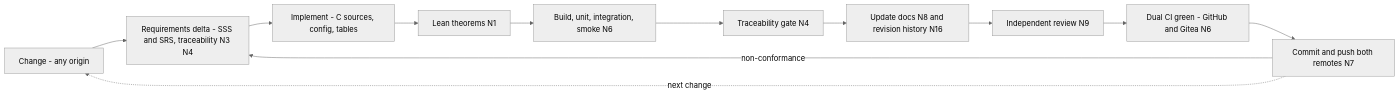
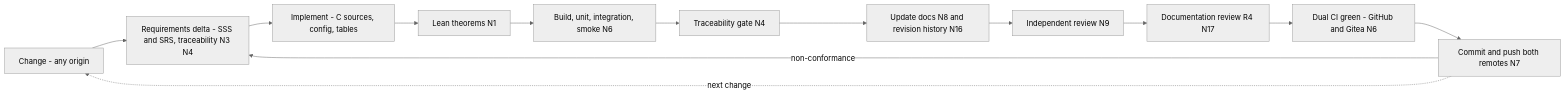
One commit to ilfrick/frick-fsw changed the second of 2 diagrams in docs/vv/verification-plan.md. Above: the diagram before and after it, drawn with Mermaid (neutral theme). The commit also changed other lines of this file and 58 other files, not shown here.

````diff
--- a/docs/vv/verification-plan.md
+++ b/docs/vv/verification-plan.md
@@ -83,14 +83,15 @@
 ```mermaid
 flowchart LR
     CH["Change - any origin"] --> REQ["Requirements delta - SSS and SRS, traceability N3 N4"]
     REQ --> IMPL["Implement - C sources, config, tables"]
     IMPL --> LEAN["Lean theorems N1"]
     LEAN --> TEST["Build, unit, integration, smoke N6"]
     TEST --> TRACE["Traceability gate N4"]
     TRACE --> DOC["Update docs N8 and revision history N16"]
     DOC --> REV["Independent review N9"]
-    REV --> CI["Dual CI green - GitHub and Gitea N6"]
+    REV --> DREV["Documentation review R4 N17"]
+    DREV --> CI["Dual CI green - GitHub and Gitea N6"]
     CI --> PUSH["Commit and push both remotes N7"]
     PUSH -.->|"next change"| CH
     PUSH -->|"non-conformance"| REQ
 ```
````
